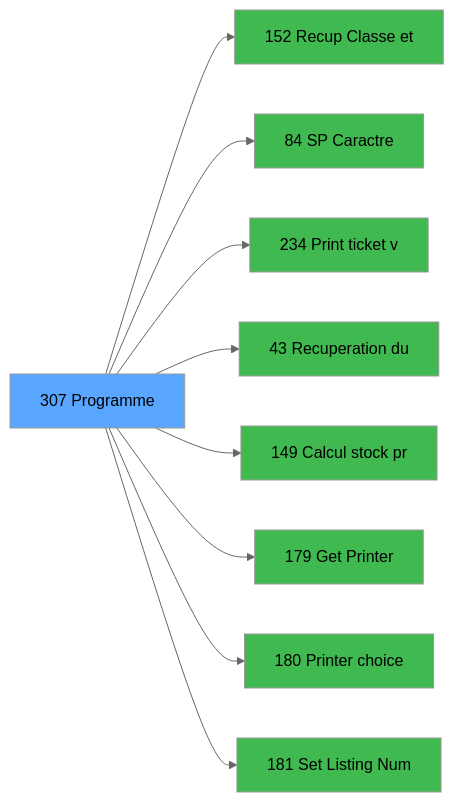
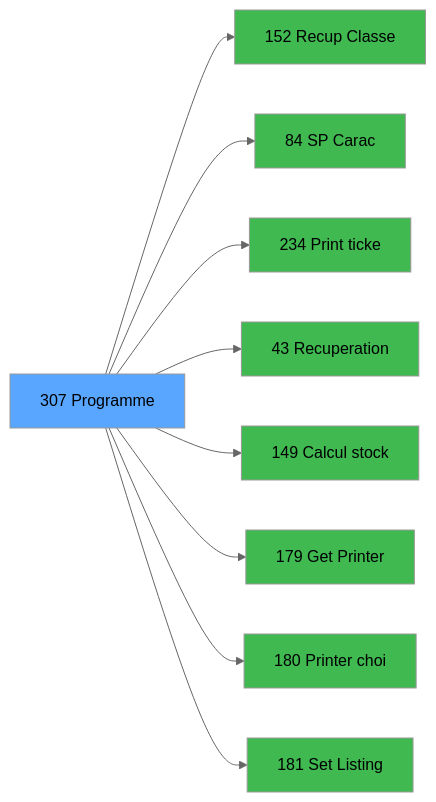
The third of 3 diagrams in .openspec/specs/ADH-IDE-307.md (thonyAGP/magic-migration), drawn with Mermaid (neutral theme) before and after one commit. The commit also changed other lines of this file and 323 other files, not shown here.

````diff
--- a/.openspec/specs/ADH-IDE-307.md
+++ b/.openspec/specs/ADH-IDE-307.md
@@ -148,29 +173,29 @@
 ```mermaid
 graph LR
     T[307 Programme]
-    C152[152 Recup Classe et]
+    C152[152 Recup Classe]
     T --> C152
-    C84[84     SP Caractre]
+    C84[84     SP Carac]
     T --> C84
-    C234[234  Print ticket v]
+    C234[234  Print ticke]
     T --> C234
-    C43[43 Recuperation du]
+    C43[43 Recuperation]
     T --> C43
-    C149[149 Calcul stock pr]
+    C149[149 Calcul stock]
     T --> C149
     C179[179 Get Printer]
     T --> C179
-    C180[180 Printer choice]
+    C180[180 Printer choi]
     T --> C180
-    C181[181 Set Listing Num]
+    C181[181 Set Listing ]
     T --> C181
     style T fill:#58a6ff,color:#000
     style C152 fill:#3fb950
     style C84 fill:#3fb950
     style C234 fill:#3fb950
     style C43 fill:#3fb950
     style C149 fill:#3fb950
     style C179 fill:#3fb950
     style C180 fill:#3fb950
     style C181 fill:#3fb950
 ```
````
